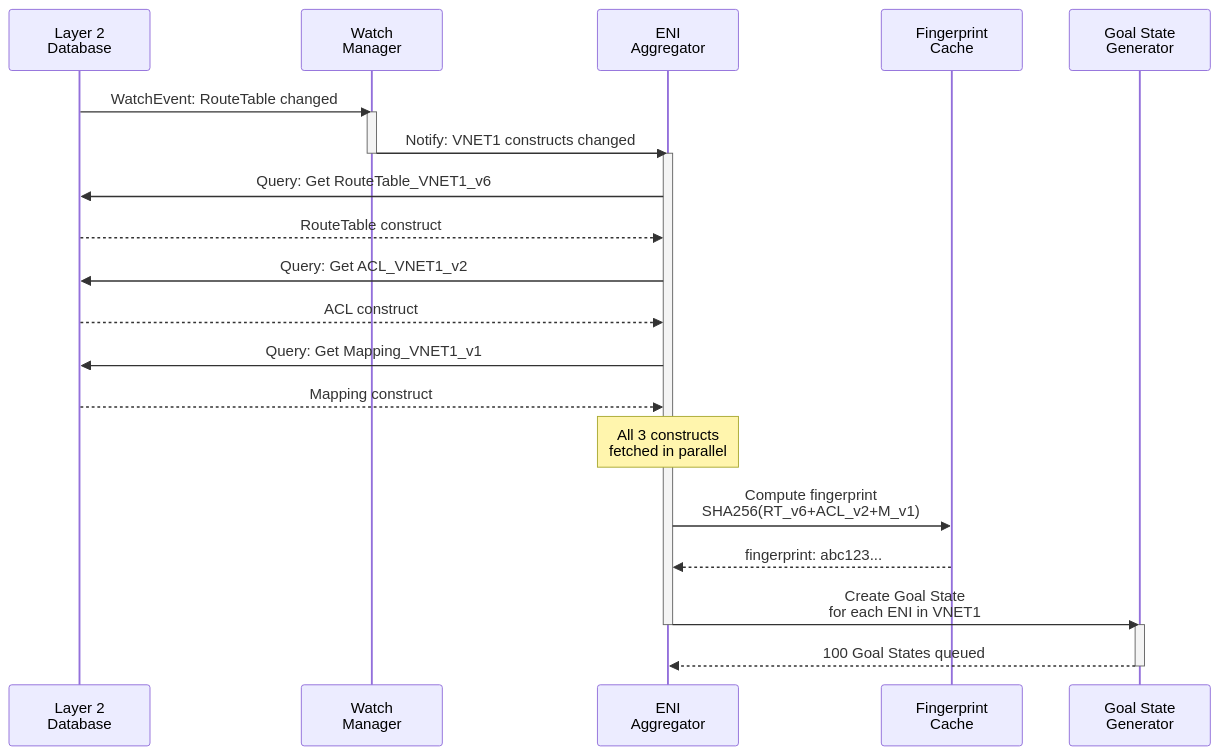
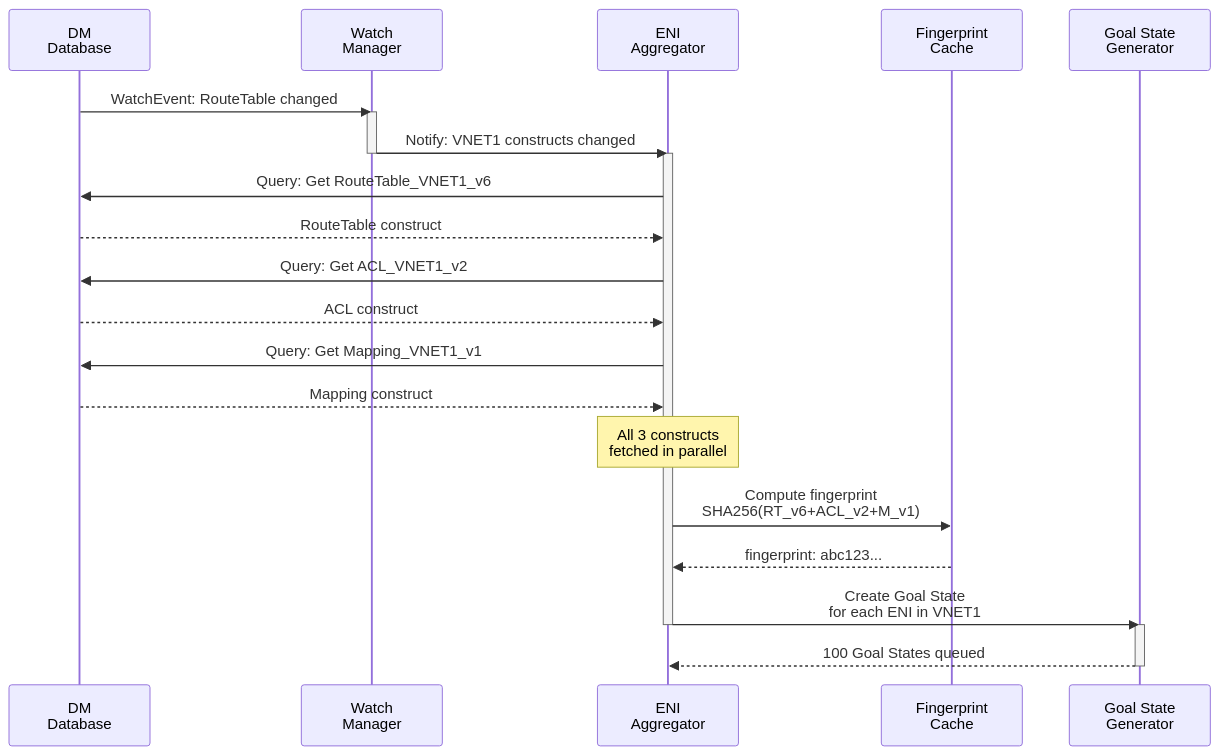
One commit to rashmirrout/DashFabric changed the third of 9 diagrams in docs/FM-Designs/FM_DESIGN_LAYER3_SOUTHBOUND_SUPER_ENHANCED.md. Above: the diagram before and after it, drawn with Mermaid. The commit also changed other lines of this file and 32 other files, not shown here.

````diff
--- a/docs/FM-Designs/FM_DESIGN_LAYER3_SOUTHBOUND_SUPER_ENHANCED.md
+++ b/docs/FM-Designs/FM_DESIGN_LAYER3_SOUTHBOUND_SUPER_ENHANCED.md
@@ -137,35 +137,35 @@
 ```mermaid
 sequenceDiagram
-    participant L2 as Layer 2<br/>Database
+    participant L2 as DM<br/>Database
     participant WM as Watch<br/>Manager
     participant Agg as ENI<br/>Aggregator
     participant Cache as Fingerprint<br/>Cache
     participant Gen as Goal State<br/>Generator
     
     L2->>WM: WatchEvent: RouteTable changed
     activate WM
     WM->>Agg: Notify: VNET1 constructs changed
     deactivate WM
     
     activate Agg
     Agg->>L2: Query: Get RouteTable_VNET1_v6
     L2-->>Agg: RouteTable construct
     
     Agg->>L2: Query: Get ACL_VNET1_v2
     L2-->>Agg: ACL construct
     
     Agg->>L2: Query: Get Mapping_VNET1_v1
     L2-->>Agg: Mapping construct
     
     Note over Agg: All 3 constructs<br/>fetched in parallel
     
     Agg->>Cache: Compute fingerprint<br/>SHA256(RT_v6+ACL_v2+M_v1)
     Cache-->>Agg: fingerprint: abc123...
     
     Agg->>Gen: Create Goal State<br/>for each ENI in VNET1
     deactivate Agg
     
     activate Gen
     Gen-->>Agg: 100 Goal States queued
     deactivate Gen
 ```
````
